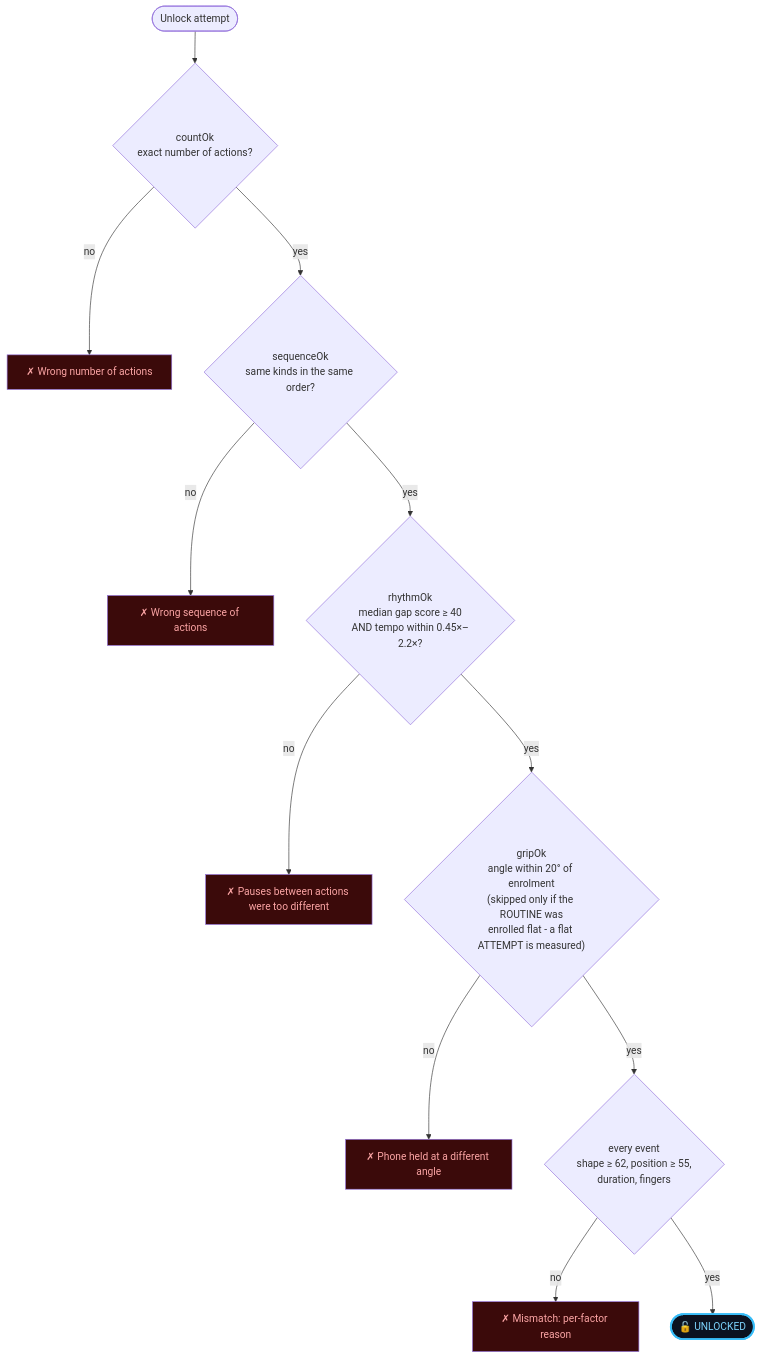
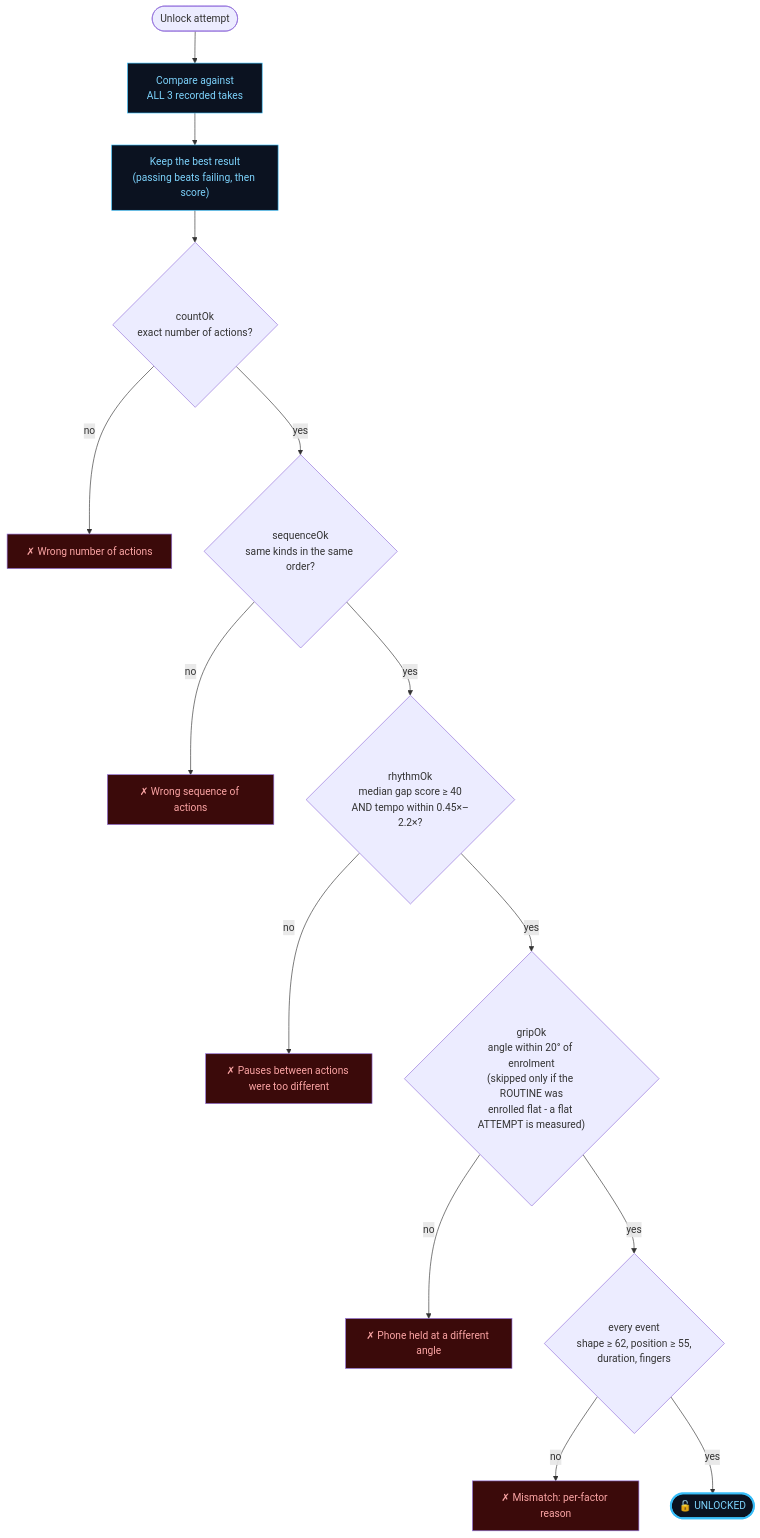
One commit to MITHUNMITS/behavioral-lock changed the sixth of 12 diagrams in README.md. Above: the diagram before and after it, drawn with Mermaid. The commit also changed other lines of this file, not shown here.

First line of the commit message:
README: multi-take enrolment, and every diagram brought up to date

````diff
--- a/README.md
+++ b/README.md
@@ -262,20 +275,24 @@
 ```mermaid
 flowchart TD
-    START(["Unlock attempt"]) --> C{"countOk<br/>exact number of actions?"}
+    START(["Unlock attempt"]) --> REP["Compare against<br/>ALL 3 recorded takes"]
+    REP --> BEST["Keep the best result<br/>(passing beats failing, then score)"]
+    BEST --> C{"countOk<br/>exact number of actions?"}
     C -->|no| F1["✗ Wrong number of actions"]
     C -->|yes| S{"sequenceOk<br/>same kinds in the same order?"}
     S -->|no| F2["✗ Wrong sequence of actions"]
     S -->|yes| R{"rhythmOk<br/>median gap score ≥ 40<br/>AND tempo within 0.45×–2.2×?"}
     R -->|no| F3["✗ Pauses between actions were too different"]
     R -->|yes| G{"gripOk<br/>angle within 20° of enrolment<br/>(skipped only if the ROUTINE was<br/>enrolled flat - a flat ATTEMPT is measured)"}
     G -->|no| F4["✗ Phone held at a different angle"]
     G -->|yes| E{"every event<br/>shape ≥ 62, position ≥ 55,<br/>duration, fingers"}
     E -->|no| F5["✗ Mismatch: per-factor reason"]
     E -->|yes| OK(["🔓 UNLOCKED"])
     style OK fill:#0B1220,color:#7DD3FC,stroke:#38BDF8,stroke-width:3px
+    style REP fill:#0B1220,color:#7DD3FC,stroke:#38BDF8
+    style BEST fill:#0B1220,color:#7DD3FC,stroke:#38BDF8
     style F1 fill:#3B0A0A,color:#FCA5A5
     style F2 fill:#3B0A0A,color:#FCA5A5
     style F3 fill:#3B0A0A,color:#FCA5A5
     style F4 fill:#3B0A0A,color:#FCA5A5
     style F5 fill:#3B0A0A,color:#FCA5A5
 ```
````
